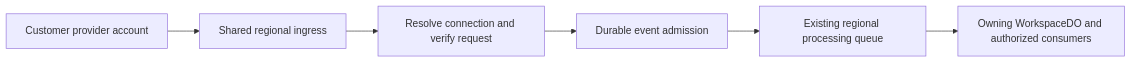
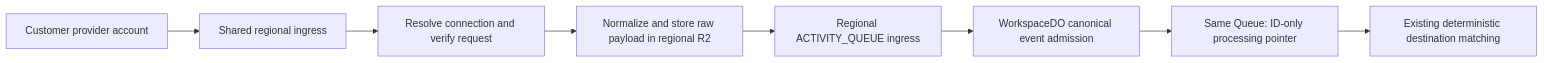
One commit to juno-ai-labs/avalon changed the diagram in docs/PRDs/2026-09-12_connector-installation-lifecycle/prd.md. Above: the diagram before and after it, drawn with Mermaid. The commit also changed other lines of this file and 2 other files, not shown here.

````diff
--- a/docs/PRDs/2026-09-12_connector-installation-lifecycle/prd.md
+++ b/docs/PRDs/2026-09-12_connector-installation-lifecycle/prd.md
@@ -322,8 +337,10 @@
 ```mermaid
 flowchart LR
   P[Customer provider account] --> I[Shared regional ingress]
   I --> R[Resolve connection and verify request]
-  R --> A[Durable event admission]
-  A --> Q[Existing regional processing queue]
-  Q --> W[Owning WorkspaceDO and authorized consumers]
+  R --> N[Normalize and store raw payload in regional R2]
+  N --> Q[Regional ACTIVITY_QUEUE ingress]
+  Q --> W[WorkspaceDO canonical event admission]
+  W --> P2[Same Queue: ID-only processing pointer]
+  P2 --> F[Existing deterministic destination matching]
 ```
````
